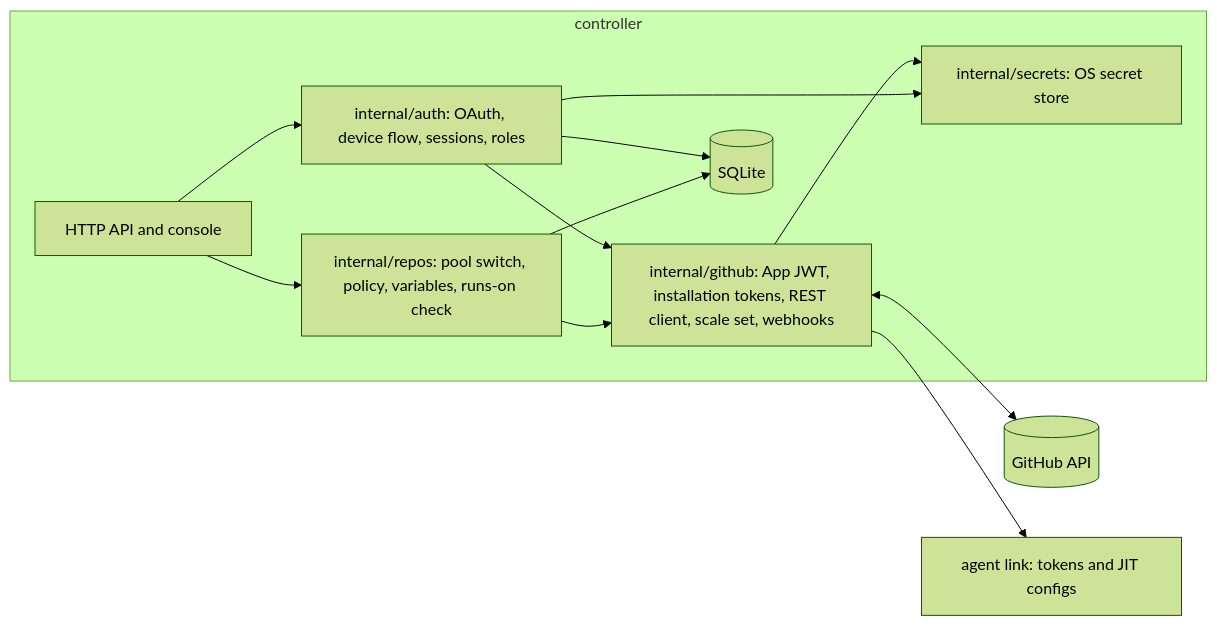
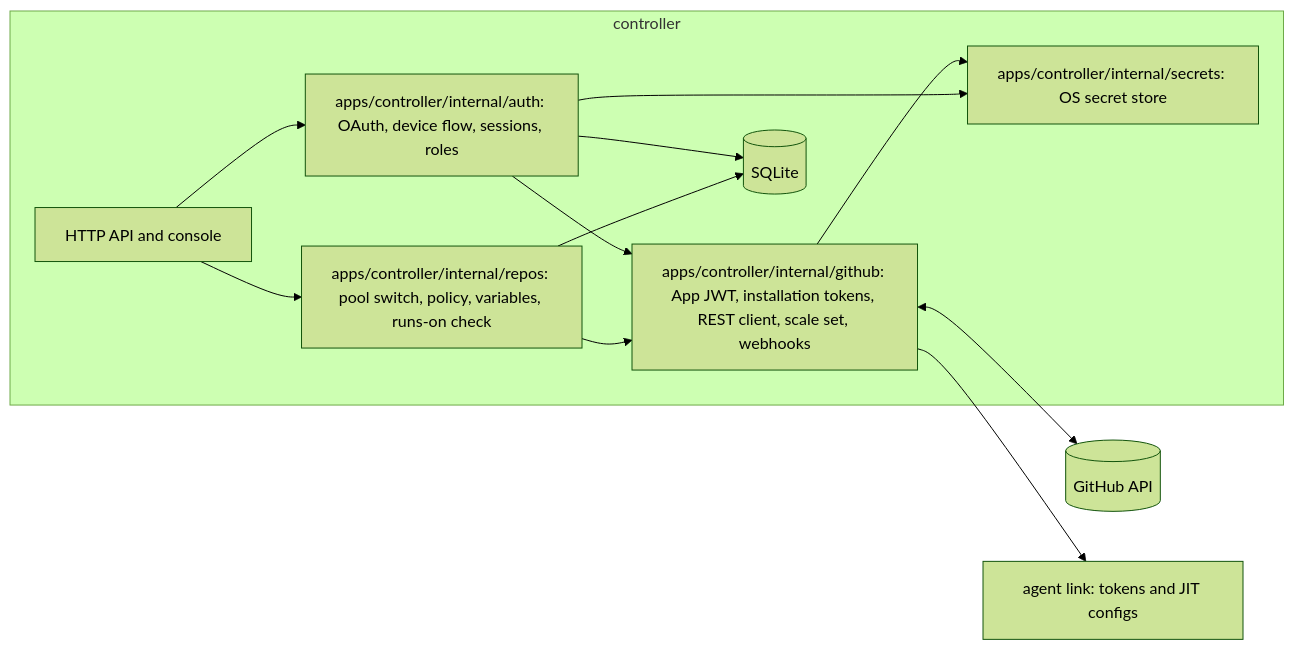
Before and after one commit to luis-mc/ci-runners-shared-pool: the second of 2 diagrams in docs/features/github-integration/spec.md, drawn with Mermaid (forest theme). The commit also changed other lines of this file and 3388 other files, not shown here.

First line of the commit message:
CRSP306: move the Go server to apps/controller and the console to apps/controller-console (#484)

````diff
--- a/docs/features/github-integration/spec.md
+++ b/docs/features/github-integration/spec.md
@@ -381,21 +381,21 @@
 ```mermaid
 flowchart LR
   subgraph controller
     api[HTTP API and console]
-    auth[internal/auth: OAuth, device flow, sessions, roles]
-    gh[internal/github: App JWT, installation tokens, REST client, scale set, webhooks]
-    repos[internal/repos: pool switch, policy, variables, runs-on check]
-    sec[internal/secrets: OS secret store]
+    auth[apps/controller/internal/auth: OAuth, device flow, sessions, roles]
+    gh[apps/controller/internal/github: App JWT, installation tokens, REST client, scale set, webhooks]
+    repos[apps/controller/internal/repos: pool switch, policy, variables, runs-on check]
+    sec[apps/controller/internal/secrets: OS secret store]
     db[(SQLite)]
   end
   api --> auth
   api --> repos
   auth --> gh
   repos --> gh
   gh --> sec
   auth --> sec
   auth --> db
   repos --> db
   gh <--> github[(GitHub API)]
   gh --> agentlink[agent link: tokens and JIT configs]
 ```
````
